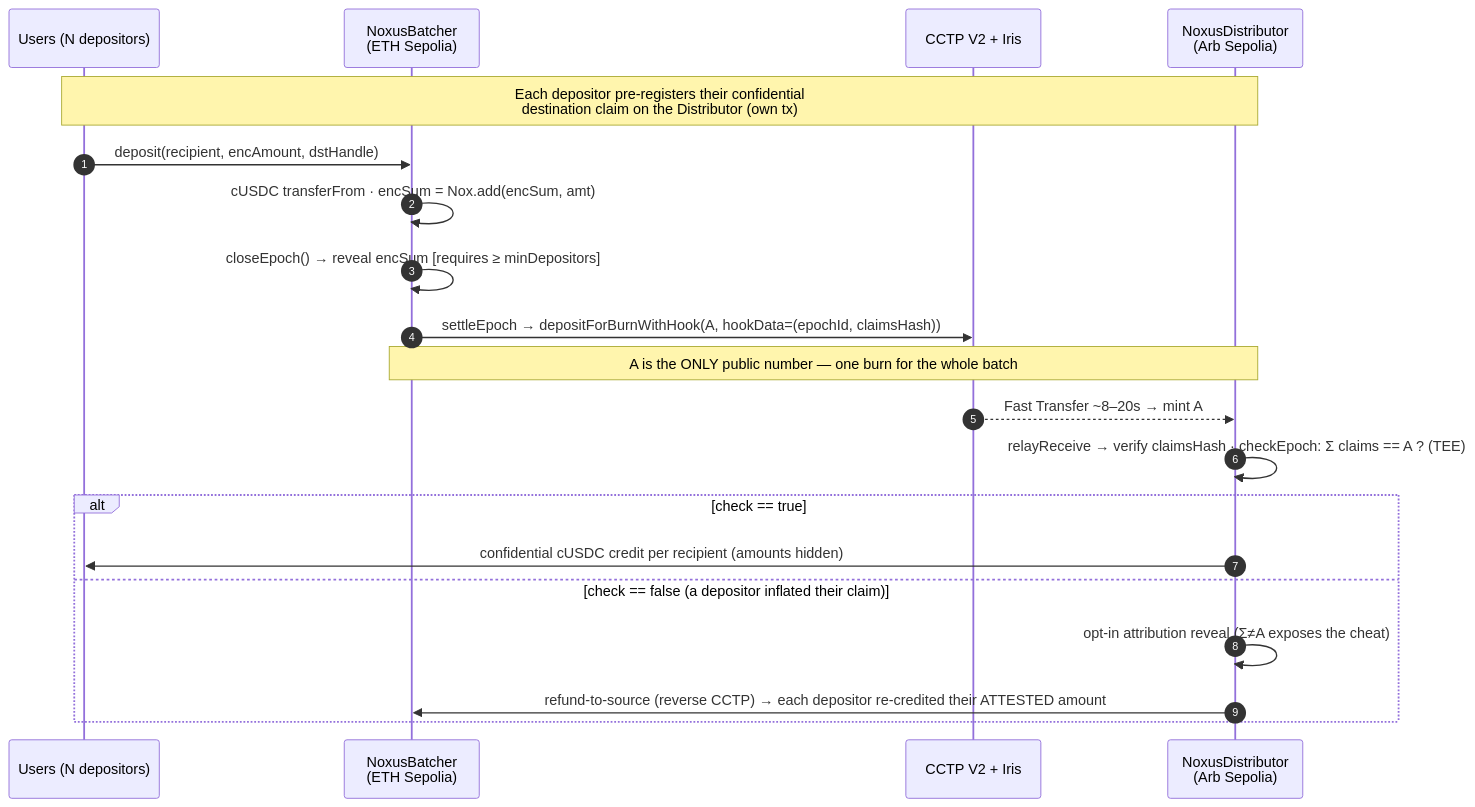
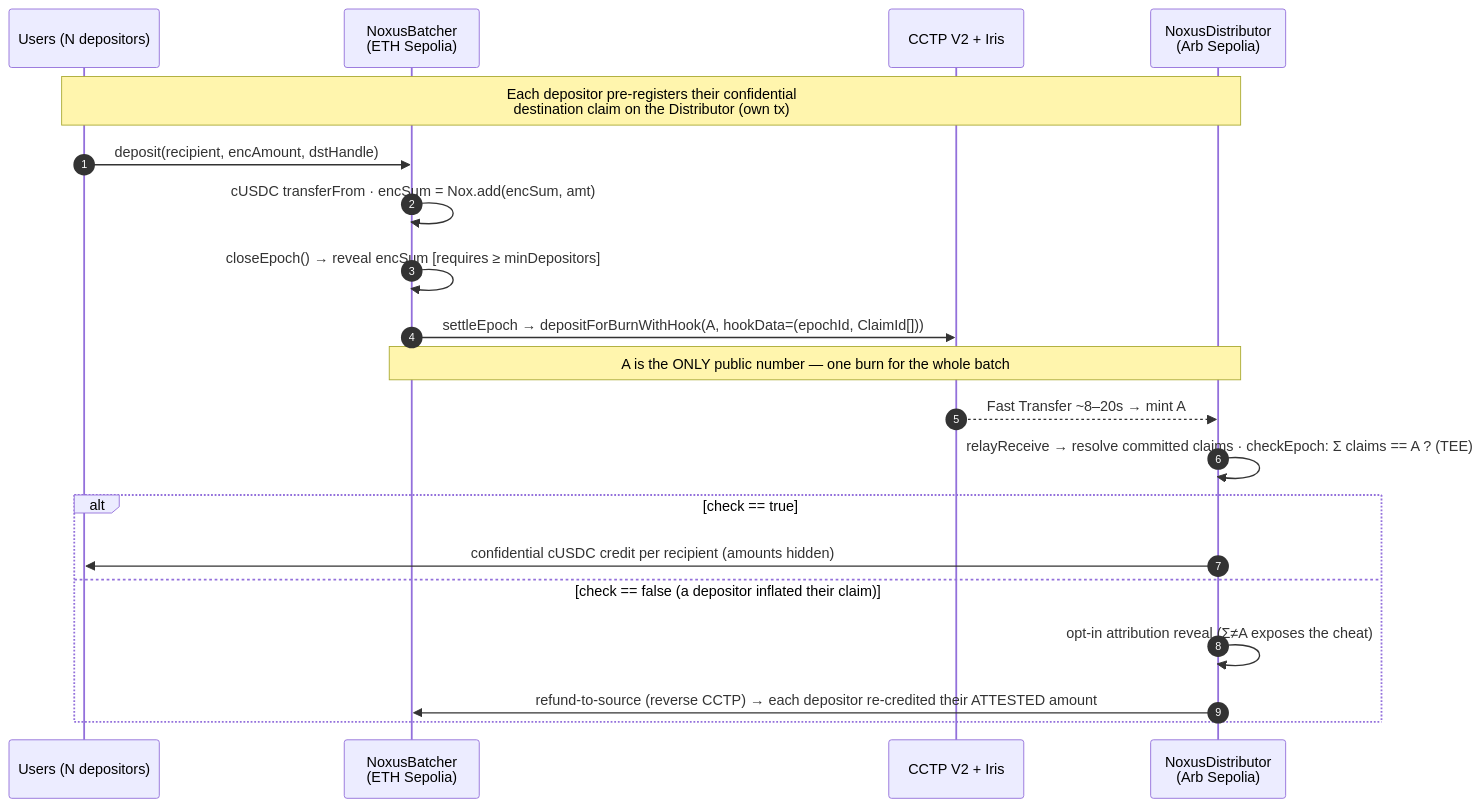
One commit to aydi26/iexec_WTF changed the diagram in README.md. Above: the diagram before and after it, drawn with Mermaid. The commit also changed other lines of this file and 1 other file, not shown here.

First line of the commit message:
docs: pro README + Resources refresh (in-browser widget, Track tab, npm, ClaimId list)

````diff
--- a/README.md
+++ b/README.md
@@ -30,23 +30,23 @@
 ```mermaid
 sequenceDiagram
     autonumber
     participant U as Users (N depositors)
     participant B as NoxusBatcher<br/>(ETH Sepolia)
     participant C as CCTP V2 + Iris
     participant D as NoxusDistributor<br/>(Arb Sepolia)
 
     Note over U,D: Each depositor pre-registers their confidential<br/>destination claim on the Distributor (own tx)
     U->>B: deposit(recipient, encAmount, dstHandle)
     B->>B: cUSDC transferFrom · encSum = Nox.add(encSum, amt)
     B->>B: closeEpoch() → reveal encSum  [requires ≥ minDepositors]
-    B->>C: settleEpoch → depositForBurnWithHook(A, hookData=(epochId, claimsHash))
+    B->>C: settleEpoch → depositForBurnWithHook(A, hookData=(epochId, ClaimId[]))
     Note over B,D: A is the ONLY public number — one burn for the whole batch
     C-->>D: Fast Transfer ~8–20s → mint A
-    D->>D: relayReceive → verify claimsHash · checkEpoch: Σ claims == A ? (TEE)
+    D->>D: relayReceive → resolve committed claims · checkEpoch: Σ claims == A ? (TEE)
     alt check == true
         D->>U: confidential cUSDC credit per recipient (amounts hidden)
     else check == false (a depositor inflated their claim)
         D->>D: opt-in attribution reveal (Σ≠A exposes the cheat)
         D->>B: refund-to-source (reverse CCTP) → each depositor re-credited their ATTESTED amount
     end
 ```
````
